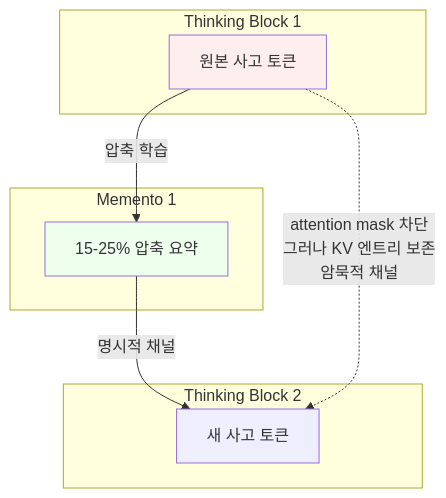
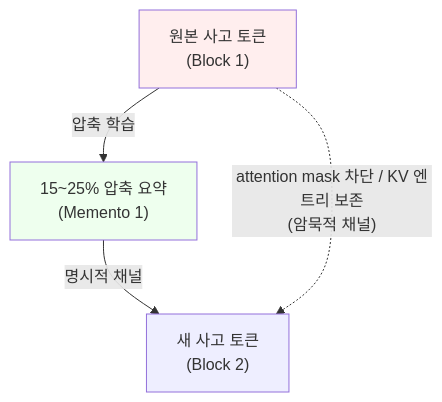
The first of 2 diagrams in _posts/2026-04-28-memento-self-editing-reasoning.md (pheeree/pheeree.github.io), drawn with Mermaid before and after one commit. The commit also changed other lines of this file and 10 other files, not shown here.

````diff
--- a/_posts/2026-04-28-memento-self-editing-reasoning.md
+++ b/_posts/2026-04-28-memento-self-editing-reasoning.md
@@ -42,20 +44,10 @@
 ```mermaid
 flowchart TB
-    subgraph Block1[Thinking Block 1]
-        T1[원본 사고 토큰]
-    end
-    subgraph M1[Memento 1]
-        S1[15-25% 압축 요약]
-    end
-    subgraph Block2[Thinking Block 2]
-        T2[새 사고 토큰]
-    end
+  T1["원본 사고 토큰<br/>(Block 1)"] -- "압축 학습" --> S1["15~25% 압축 요약<br/>(Memento 1)"]
+  S1 -- "명시적 채널" --> T2["새 사고 토큰<br/>(Block 2)"]
+  T1 -. "attention mask 차단 / KV 엔트리 보존<br/>(암묵적 채널)" .-> T2
 
-    T1 -->|압축 학습| S1
-    S1 -->|명시적 채널| T2
-    T1 -.->|attention mask 차단<br/>그러나 KV 엔트리 보존<br/>암묵적 채널| T2
-
-    style T1 fill:#fee
-    style S1 fill:#efe
-    style T2 fill:#eef
+  style T1 fill:#fee
+  style S1 fill:#efe
+  style T2 fill:#eef
 ```
````
